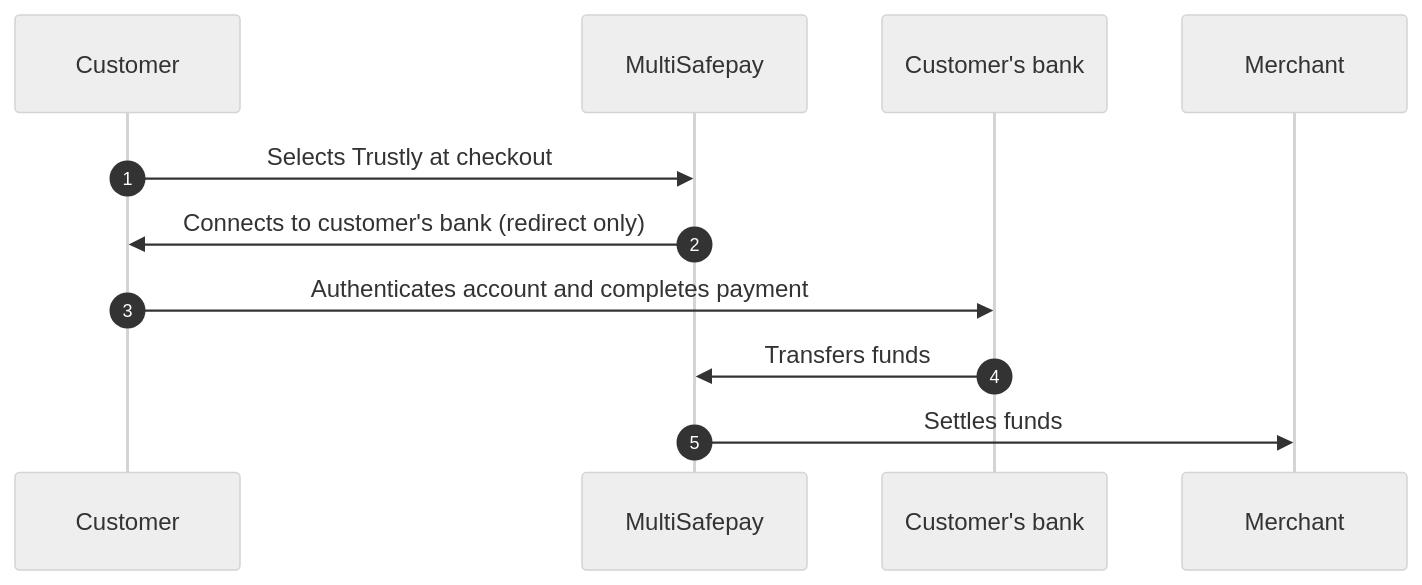
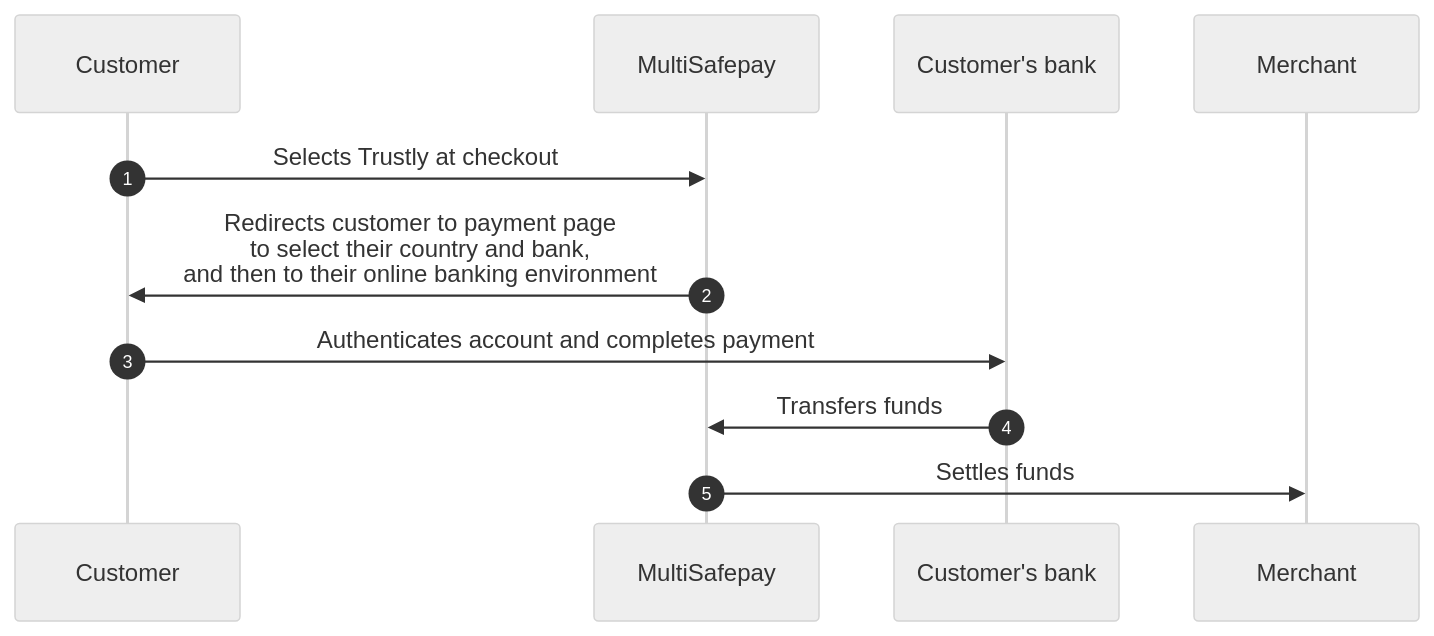
One commit to MultiSafepay/docs changed the diagram in content/payments/methods/banks/trustly/payment-flow.md. Above: the diagram before and after it, drawn with Mermaid (neutral theme). The commit also changed other lines of this file and 20 other files, not shown here.

```diff
--- a/content/payments/methods/banks/trustly/payment-flow.md
+++ b/content/payments/methods/banks/trustly/payment-flow.md
@@ -16,16 +16,16 @@
 {{< mermaid class="text-center" >}}
 
 sequenceDiagram
     autonumber
     participant C as Customer
     participant Mu as MultiSafepay
     participant CB as Customer's bank
     participant Me as Merchant
 
     C->>Mu: Selects Trustly at checkout
-    Mu->>C: Connects to customer's bank (redirect only)
+    Mu->>C: Redirects customer to payment page <br> to select their country and bank, <br> and then to their online banking environment
     C->>CB: Authenticates account and completes payment
     CB->>Mu: Transfers funds 
     Mu->>Me: Settles funds
 
 {{< /mermaid >}}
```
